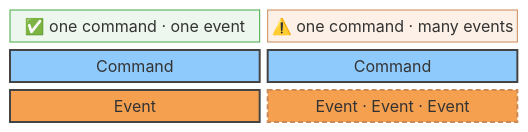
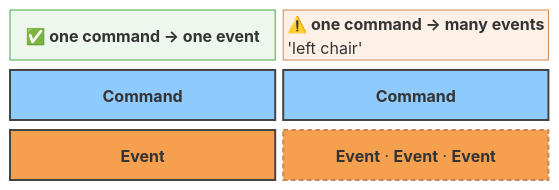
Before and after one commit to IvanTheGeek/FnEmail-Model: the second of 9 diagrams in docs/diagrams/README.md, drawn with Mermaid (forest theme). The commit also changed other lines of this file, not shown here.

````diff
--- a/docs/diagrams/README.md
+++ b/docs/diagrams/README.md
@@ -52,14 +70,18 @@
 ```mermaid
-block-beta
+block
   columns 2
-  ok["✅ one command · one event"] bad["⚠️ one command · many events"]
-  c1["Command"] c2["Command"]
-  e1["Event"] e2["Event · Event · Event"]
+  ok["<b>✅ one command → one event</b>"] bad["<b>⚠️ one command → many events</b>\n'left chair'"]
+  c1["<b>Command</b>"] c2["<b>Command</b>"]
+  e1["<b>Event</b>"] e2["<b>Event</b> · <b>Event</b> · <b>Event</b>"]
 
-  style ok fill:#eef7ee,stroke:#4a4,stroke-width:1px,color:#000
-  style bad fill:#fdf1e7,stroke:#c85,stroke-width:1px,color:#000
-  style c1 fill:#8ecafc,stroke:#444,stroke-width:2px,color:#000
-  style c2 fill:#8ecafc,stroke:#444,stroke-width:2px,color:#000
-  style e1 fill:#f5a04f,stroke:#444,stroke-width:2px,color:#000
-  style e2 fill:#f5a04f,stroke:#c85,stroke-width:2px,stroke-dasharray:5 3,color:#000
+  classDef okh fill:#eef7ee,stroke:#4a4,stroke-width:1px,color:#000,text-align:left,height:50px
+  classDef badh fill:#fdf1e7,stroke:#c85,stroke-width:1px,color:#000,text-align:left,height:50px
+  classDef command fill:#8ecafc,stroke:#444,stroke-width:2px,color:#000,text-align:left,height:50px
+  classDef event fill:#f5a04f,stroke:#444,stroke-width:2px,color:#000,text-align:left,height:50px
+  classDef warn fill:#f5a04f,stroke:#c85,stroke-width:2px,stroke-dasharray:5 3,color:#000,text-align:left,height:50px
+  class ok okh
+  class bad badh
+  class c1,c2 command
+  class e1 event
+  class e2 warn
 ```
````
